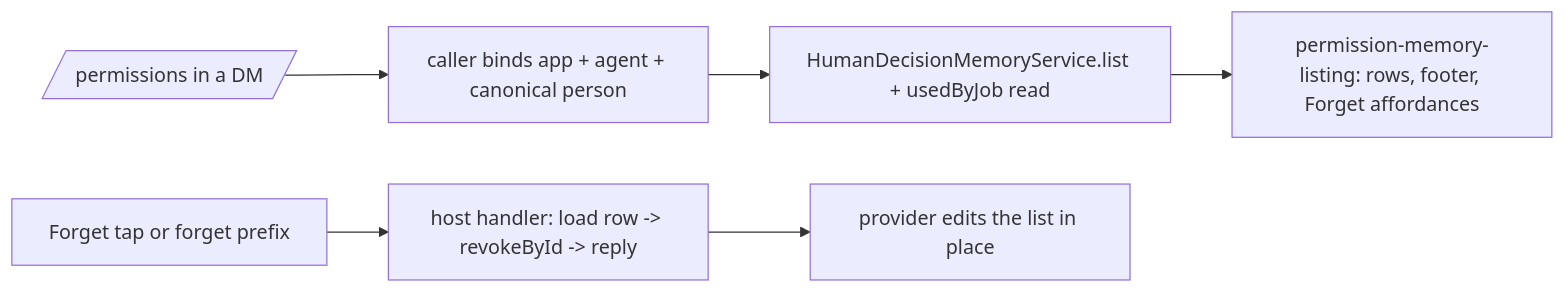
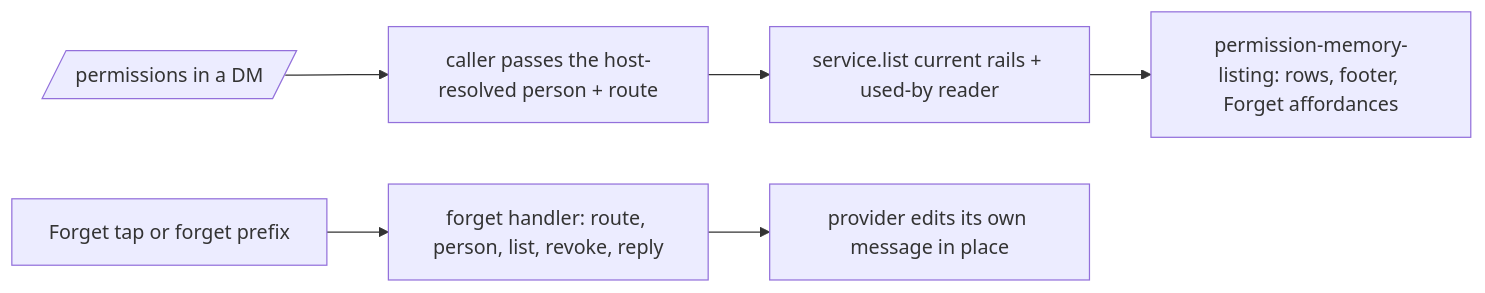
One commit to knacklabs/gantry changed the diagram in plans/exploration/askfloor-1-t5b-taskplan.md. Above: the diagram before and after it, drawn with Mermaid. The commit also changed other lines of this file and 1 other file, not shown here.

Commit message:
plan(ASKFLOOR-1-T5b): task plan v2 — fold grill r1 (application listing module, forget-handler module, host label carrier, rails filter, used-by grouping, scheduler-start move)

````diff
--- a/plans/exploration/askfloor-1-t5b-taskplan.md
+++ b/plans/exploration/askfloor-1-t5b-taskplan.md
@@ -61,8 +64,8 @@
 ```mermaid
 flowchart LR
-  A[/permissions in a DM/] --> B[caller binds app + agent + canonical person]
-  B --> C[HumanDecisionMemoryService.list + usedByJob read]
+  A[/permissions in a DM/] --> B[caller passes the host-resolved person + route]
+  B --> C[service.list current rails + used-by reader]
   C --> D[permission-memory-listing: rows, footer, Forget affordances]
-  E[Forget tap or forget prefix] --> F[host handler: load row -> revokeById -> reply]
-  F --> G[provider edits the list in place]
+  E[Forget tap or forget prefix] --> F[forget handler: route, person, list, revoke, reply]
+  F --> G[provider edits its own message in place]
 ```
````
